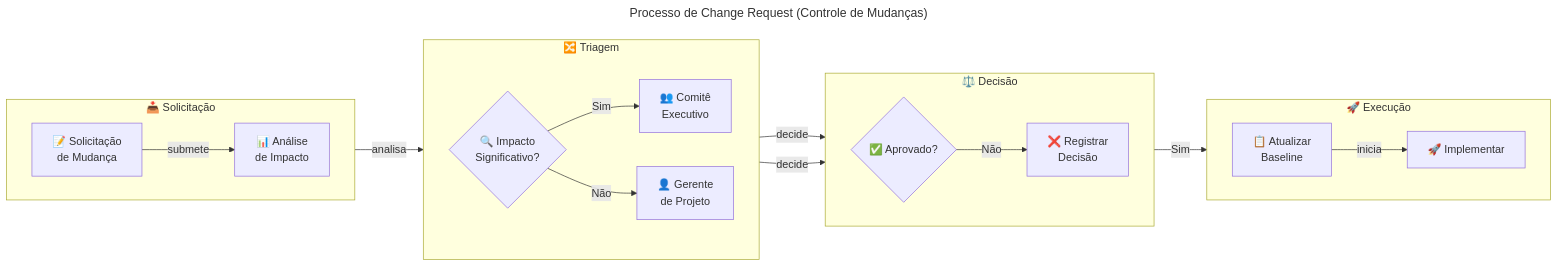
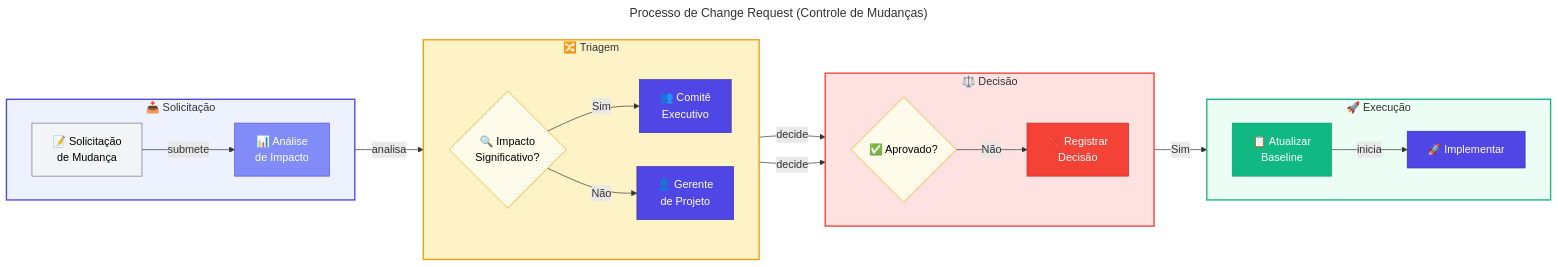
Before and after one commit to Evilazaro/Azure-LogicApps-Monitoring: the diagram in docs/plano-modernizacao/04-gestao-projeto.md, drawn with Mermaid. The commit also changed 6 other files, not shown here.

````diff
--- a/docs/plano-modernizacao/04-gestao-projeto.md
+++ b/docs/plano-modernizacao/04-gestao-projeto.md
@@ -117,40 +117,68 @@
 ```mermaid
 ---
 title: Processo de Change Request (Controle de Mudanças)
 ---
 flowchart LR
+    %% ===== DEFINIÇÕES DE ESTILO =====
+    classDef primary fill:#4F46E5,stroke:#3730A3,color:#FFFFFF
+    classDef secondary fill:#10B981,stroke:#059669,color:#FFFFFF
+    classDef datastore fill:#F59E0B,stroke:#D97706,color:#000000
+    classDef external fill:#6B7280,stroke:#4B5563,color:#FFFFFF,stroke-dasharray: 5 5
+    classDef failed fill:#F44336,stroke:#C62828,color:#FFFFFF
+    classDef trigger fill:#818CF8,stroke:#4F46E5,color:#FFFFFF
+    classDef decision fill:#FFFBEB,stroke:#F59E0B,color:#000000
+    classDef input fill:#F3F4F6,stroke:#6B7280,color:#000000
+
+    %% ===== SUBGRAPH: SOLICITAÇÃO =====
     subgraph solicitacao ["📥 Solicitação"]
         direction LR
         A["📝 Solicitação<br>de Mudança"]
         B["📊 Análise<br>de Impacto"]
         A -->|"submete"| B
     end
+    style solicitacao fill:#EEF2FF,stroke:#4F46E5,stroke-width:2px
 
+    %% ===== SUBGRAPH: TRIAGEM =====
     subgraph triagem ["🔀 Triagem"]
         direction LR
         C{"🔍 Impacto<br>Significativo?"}
         D["👥 Comitê<br>Executivo"]
         E["👤 Gerente<br>de Projeto"]
         C -->|"Sim"| D
         C -->|"Não"| E
     end
+    style triagem fill:#FEF3C7,stroke:#F59E0B,stroke-width:2px
 
+    %% ===== SUBGRAPH: DECISÃO =====
     subgraph decisao ["⚖️ Decisão"]
         direction LR
         F{"✅ Aprovado?"}
         H["❌ Registrar<br>Decisão"]
         F -->|"Não"| H
     end
+    style decisao fill:#FEE2E2,stroke:#F44336,stroke-width:2px
 
+    %% ===== SUBGRAPH: EXECUÇÃO =====
     subgraph execucao ["🚀 Execução"]
         direction LR
         G["📋 Atualizar<br>Baseline"]
         I["🚀 Implementar"]
         G -->|"inicia"| I
     end
+    style execucao fill:#ECFDF5,stroke:#10B981,stroke-width:2px
 
+    %% ===== CONEXÕES ENTRE SUBGRAPHS =====
     solicitacao -->|"analisa"| triagem
     D -->|"decide"| F
     E -->|"decide"| F
     F -->|"Sim"| execucao
+
+    %% ===== APLICAÇÃO DE ESTILOS =====
+    class A input
+    class B trigger
+    class C,F decision
+    class D,E primary
+    class G secondary
+    class H failed
+    class I primary
 ```
````
